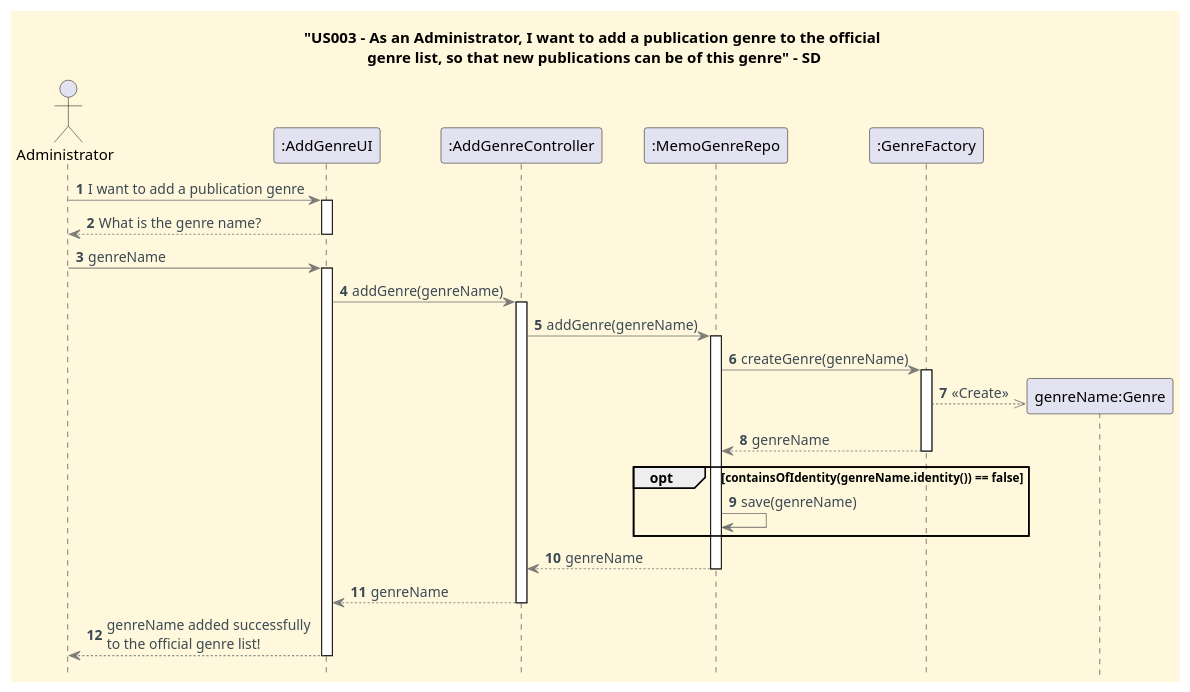
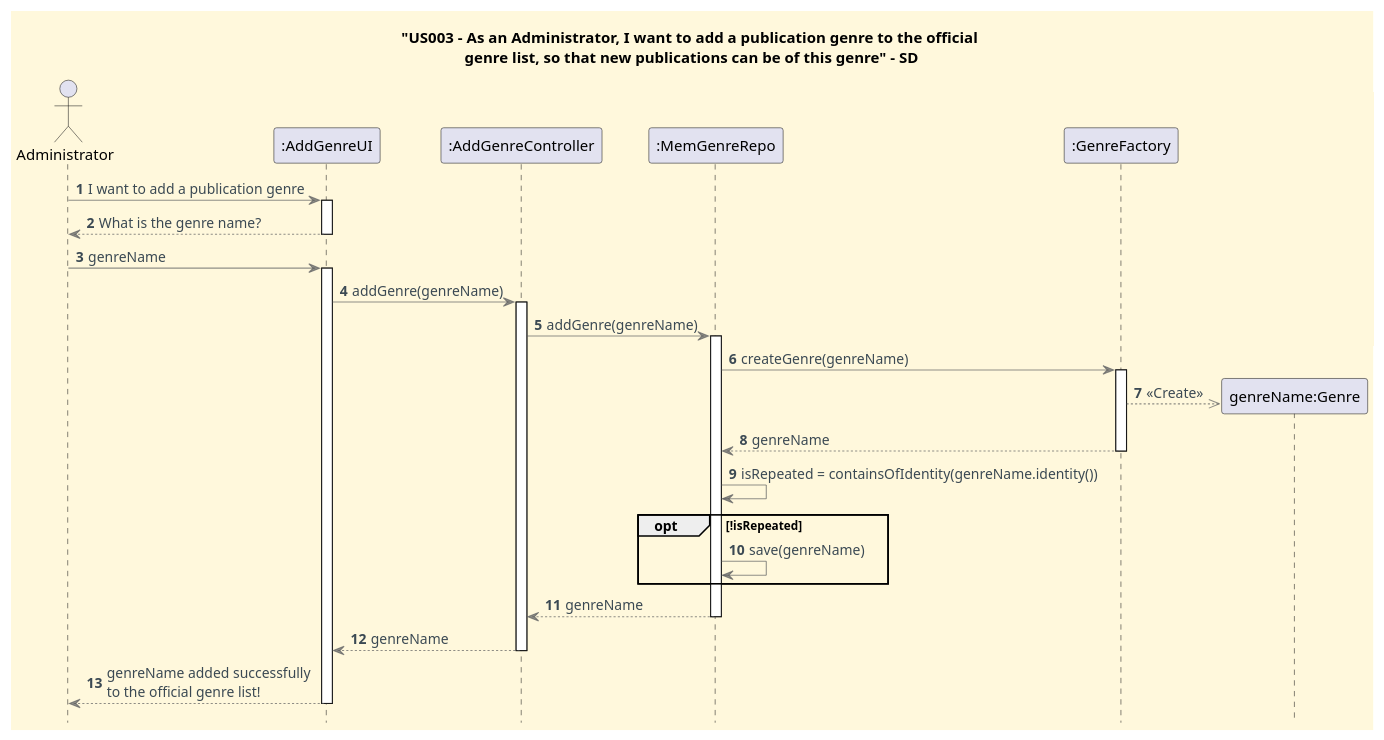
The diagram in docs/user-stories/US003/US003_add_genre_SD.puml (CarolinaLeite-collab/JavaMarketplacePlatform), drawn with PlantUML before and after one commit.

Commit message:
docs: clarify addGenre method behaviour in sequence diagram Ref #552

```diff
--- a/docs/user-stories/US003/US003_add_genre_SD.puml
+++ b/docs/user-stories/US003/US003_add_genre_SD.puml
@@ -1,60 +1,61 @@
     @startuml
 
     title "US003 - As an Administrator, I want to add a publication genre to the official \ngenre list, so that new publications can be of this genre" - SD
 
     '==== basic style ====
     skinparam monochrome false
     skinparam shadowing false
     skinparam defaultFontName Futura
     skinparam objectFontSize 20
     skinparam backgroundColor CornSilk
     skinparam objectBackgroundColor WhiteSmoke
     skinparam noteBackgroundColor #FFFFE0
     skinparam ArrowFontColor #3B4953
     skinparam ArrowColor #57595BAA
     skinparam ActivationBackgroundColor WhiteSmoke
     hide footbox
 
     autonumber
 
     actor Administrator
     participant ":AddGenreUI" as UI
     participant ":AddGenreController" as Ctl
-    participant ":MemoGenreRepo" as gr
+    participant ":MemGenreRepo" as gr
     participant ":GenreFactory" as gf
 
     Administrator -> UI: I want to add a publication genre
     activate UI
     UI --> Administrator: What is the genre name?
     deactivate UI
     Administrator -> UI: genreName
     activate UI
 
     UI -> Ctl: addGenre(genreName)
     activate Ctl
     Ctl -> gr: addGenre(genreName)
     activate gr
 
     gr -> gf : createGenre(genreName)
     activate gf
     create "genreName:Genre"
     gf -->> "genreName:Genre": <<Create>>
 
     gf --> gr : genreName
     deactivate gf
 
-    opt containsOfIdentity(genreName.identity()) == false
+    gr -> gr : isRepeated = containsOfIdentity(genreName.identity())
+    opt !isRepeated
             gr -> gr: save(genreName)
     end
 
 
     gr --> Ctl: genreName
     deactivate gr
 
     Ctl --> UI: genreName
     deactivate Ctl
 
     UI --> Administrator: genreName added successfully \nto the official genre list!
     deactivate UI
 
     @enduml
```
